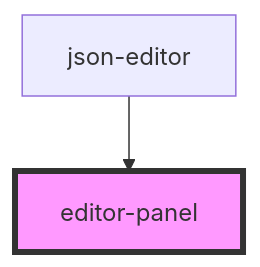
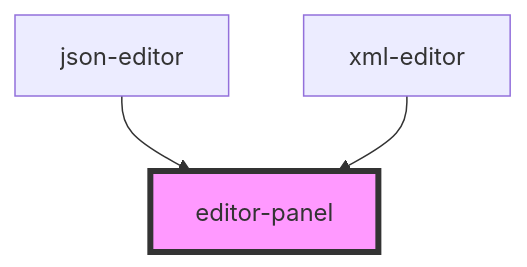
Before and after one commit to DraganP1996/webeditors: the diagram in packages/webeditors/src/components/editor-panel/readme.md, drawn with Mermaid. The commit also changed other lines of this file and 22 other files, not shown here.

Commit message:
Creation of XML editor

````diff
--- a/packages/webeditors/src/components/editor-panel/readme.md
+++ b/packages/webeditors/src/components/editor-panel/readme.md
@@ -15,5 +16,6 @@
 ```mermaid
 graph TD;
   json-editor --> editor-panel
+  xml-editor --> editor-panel
   style editor-panel fill:#f9f,stroke:#333,stroke-width:4px
 ```
````
